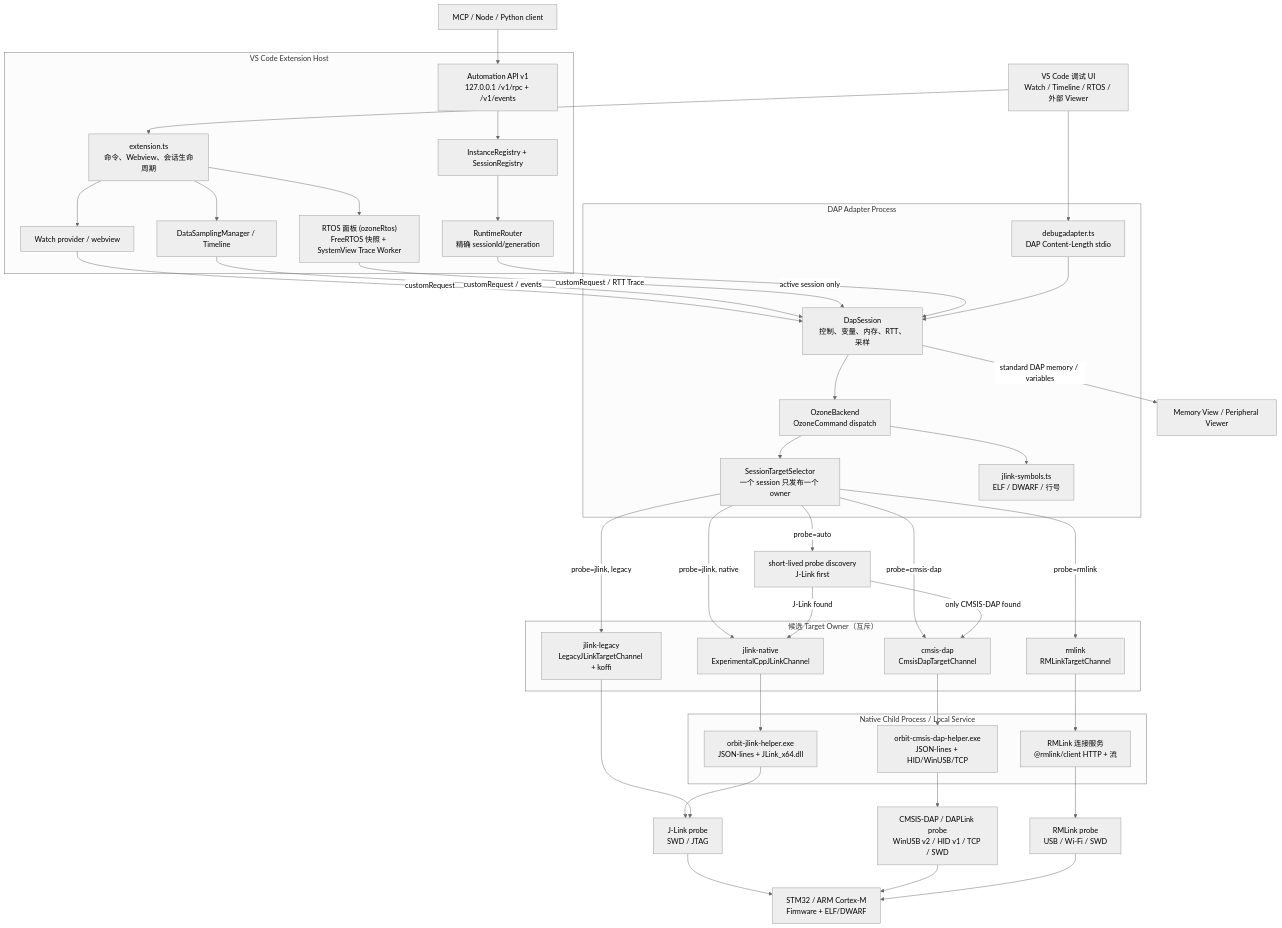
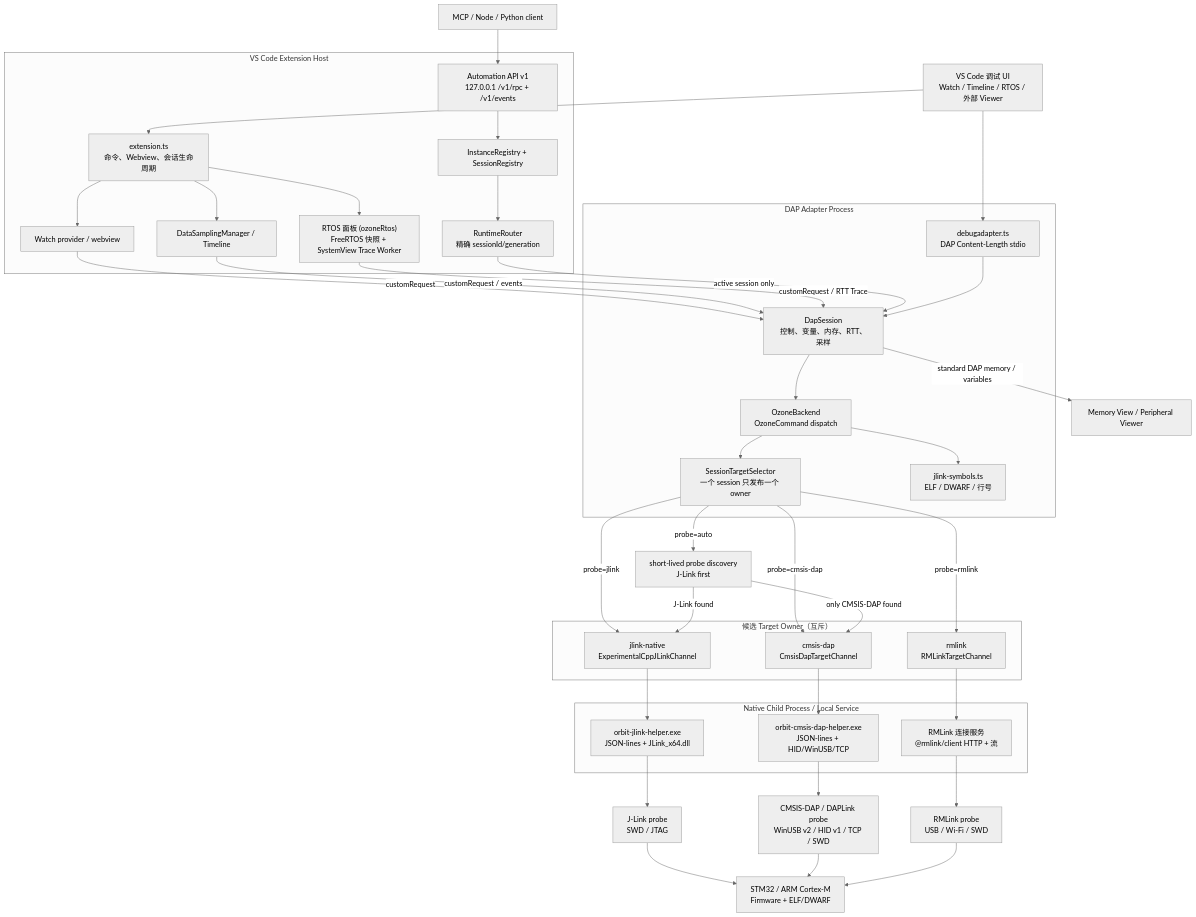
The diagram in docs/architecture.md (zhuangyan114/Orbit), drawn with Mermaid (neutral theme) before and after one commit. The commit also changed other lines of this file and 53 other files, not shown here.

````diff
--- a/docs/architecture.md
+++ b/docs/architecture.md
@@ -5,69 +5,67 @@
 ```mermaid
 flowchart TD
     VSCode["VS Code 调试 UI\nWatch / Timeline / RTOS / 外部 Viewer"]
     MCP["MCP / Node / Python client"]
 
     subgraph Host["VS Code Extension Host"]
         Ext["extension.ts\n命令、Webview、会话生命周期"]
         Router["RuntimeRouter\n精确 sessionId/generation"]
         Api["Automation API v1\n127.0.0.1 /v1/rpc + /v1/events"]
         Registry["InstanceRegistry + SessionRegistry"]
         Watch["Watch provider / webview"]
         Timeline["DataSamplingManager / Timeline"]
         RtosUi["RTOS 面板 (ozoneRtos)\nFreeRTOS 快照 + SystemView Trace Worker"]
     end
 
     subgraph Adapter["DAP Adapter Process"]
         Entry["debugadapter.ts\nDAP Content-Length stdio"]
         Session["DapSession\n控制、变量、内存、RTT、采样"]
         Backend["OzoneBackend\nOzoneCommand dispatch"]
         Selector["SessionTargetSelector\n一个 session 只发布一个 owner"]
         Symbols["jlink-symbols.ts\nELF / DWARF / 行号"]
     end
 
     subgraph Owners["候选 Target Owner（互斥）"]
         JNative["jlink-native\nExperimentalCppJLinkChannel"]
-        JLegacy["jlink-legacy\nLegacyJLinkTargetChannel + koffi"]
         Cmsis["cmsis-dap\nCmsisDapTargetChannel"]
         RMLink["rmlink\nRMLinkTargetChannel"]
     end
 
     subgraph Helpers["Native Child Process / Local Service"]
         JHelper["orbit-jlink-helper.exe\nJSON-lines + JLink_x64.dll"]
         CHelper["orbit-cmsis-dap-helper.exe\nJSON-lines + HID/WinUSB/TCP"]
         RMService["RMLink 连接服务\n@rmlink/client HTTP + 流"]
     end
 
     JLink["J-Link probe\nSWD / JTAG"]
     DapProbe["CMSIS-DAP / DAPLink probe\nWinUSB v2 / HID v1 / TCP / SWD"]
     RMProbe["RMLink probe\nUSB / Wi-Fi / SWD"]
     ProbeDiscovery["short-lived probe discovery\nJ-Link first"]
     Target["STM32 / ARM Cortex-M\nFirmware + ELF/DWARF"]
     ExternalViews["Memory View / Peripheral Viewer"]
 
     VSCode --> Entry
     VSCode --> Ext
     MCP --> Api --> Registry
     Registry --> Router
     Ext --> Watch
     Ext --> Timeline
     Ext --> RtosUi
     Watch -->|"customRequest"| Session
     Timeline -->|"customRequest / events"| Session
     RtosUi -->|"customRequest / RTT Trace"| Session
     Router -->|"active session only"| Session
     Entry --> Session --> Backend --> Selector
     Backend --> Symbols
     Session -->|"standard DAP memory / variables"| ExternalViews
 
-    Selector -->|"probe=jlink, native"| JNative --> JHelper --> JLink
-    Selector -->|"probe=jlink, legacy"| JLegacy --> JLink
+    Selector -->|"probe=jlink"| JNative --> JHelper --> JLink
     Selector -->|"probe=cmsis-dap"| Cmsis --> CHelper --> DapProbe
     Selector -->|"probe=rmlink"| RMLink --> RMService --> RMProbe
     Selector -->|"probe=auto"| ProbeDiscovery
     ProbeDiscovery -->|"J-Link found"| JNative
     ProbeDiscovery -->|"only CMSIS-DAP found"| Cmsis
     JLink --> Target
     DapProbe --> Target
     RMProbe --> Target
 ```
````
